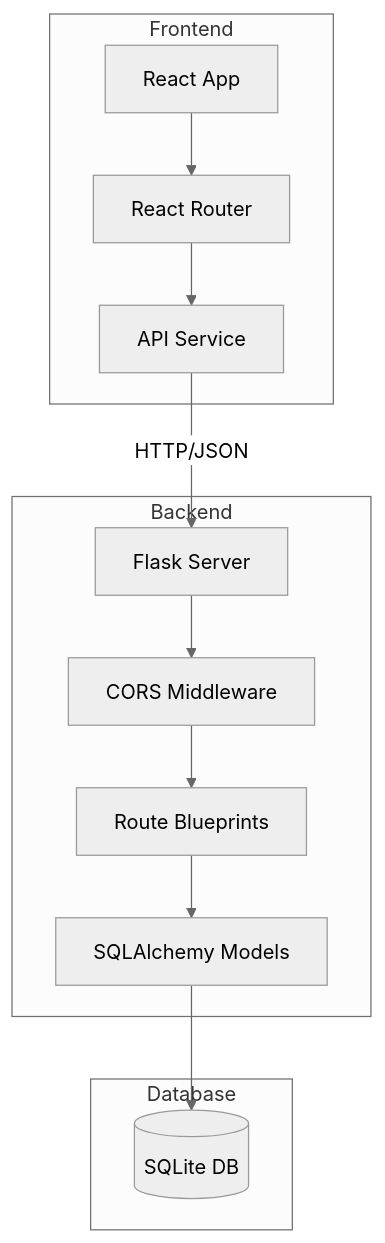
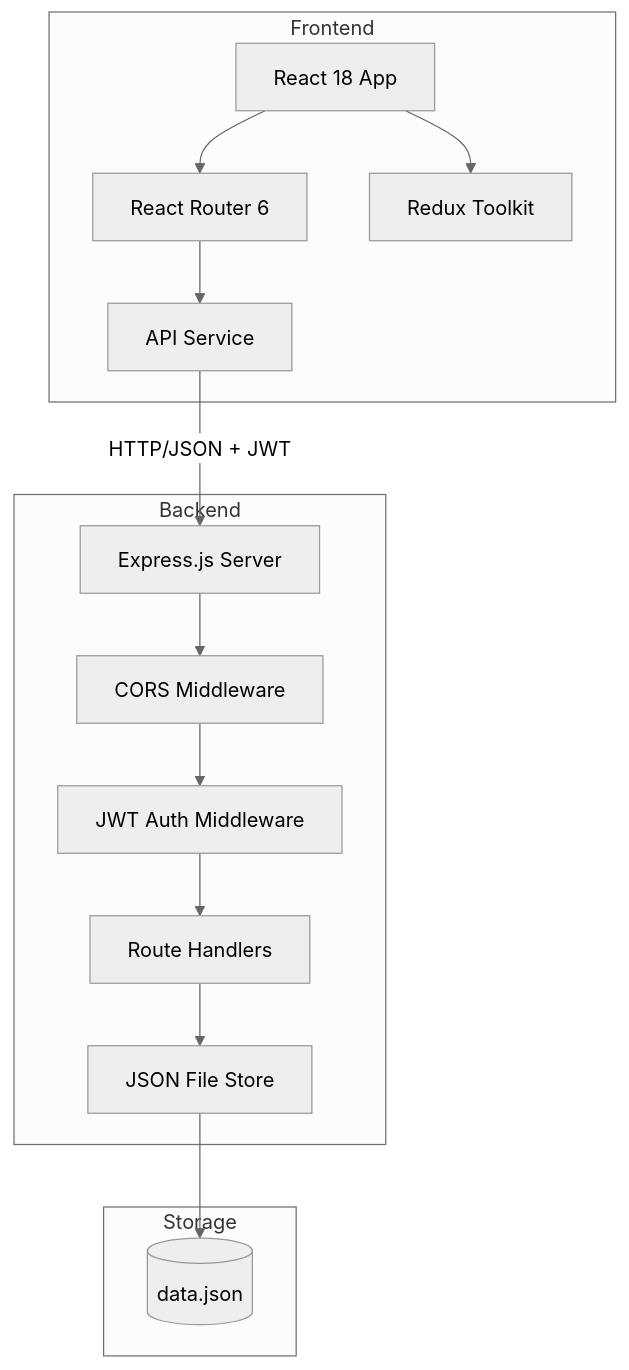
The second of 4 diagrams in wiki/2-Technical-Blueprints-Backend.md (RoshanSanjeev7/GalloSanitizationMVP), drawn with Mermaid (neutral theme) before and after one commit. The commit also changed other lines of this file and 38 other files, not shown here.

````diff
--- a/wiki/2-Technical-Blueprints-Backend.md
+++ b/wiki/2-Technical-Blueprints-Backend.md
@@ -489,27 +585,31 @@
 ```mermaid
 graph TB
     subgraph Frontend
-        React[React App]
-        Router[React Router]
+        React[React 18 App]
+        Router[React Router 6]
+        Redux[Redux Toolkit]
         API_Client[API Service]
     end
 
     subgraph Backend
-        Flask[Flask Server]
+        Express[Express.js Server]
         CORS[CORS Middleware]
-        Blueprints[Route Blueprints]
-        Models[SQLAlchemy Models]
+        Auth[JWT Auth Middleware]
+        Routes[Route Handlers]
+        Store[JSON File Store]
     end
 
-    subgraph Database
-        SQLite[(SQLite DB)]
+    subgraph Storage
+        JSON[(data.json)]
     end
 
     React --> Router
+    React --> Redux
     Router --> API_Client
-    API_Client -->|HTTP/JSON| Flask
-    Flask --> CORS
-    CORS --> Blueprints
-    Blueprints --> Models
-    Models --> SQLite
+    API_Client -->|HTTP/JSON + JWT| Express
+    Express --> CORS
+    CORS --> Auth
+    Auth --> Routes
+    Routes --> Store
+    Store --> JSON
 ```
````
